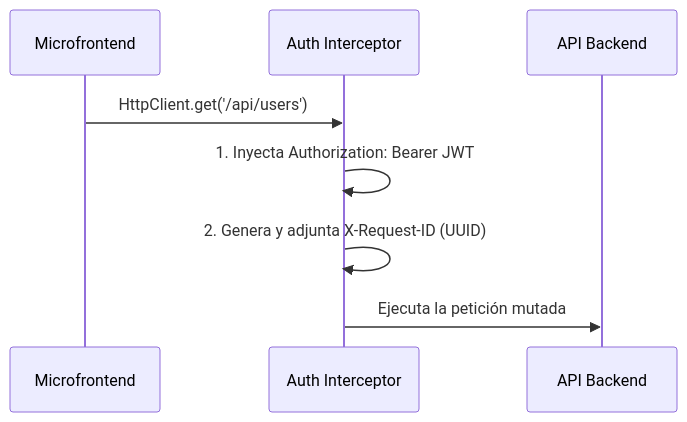
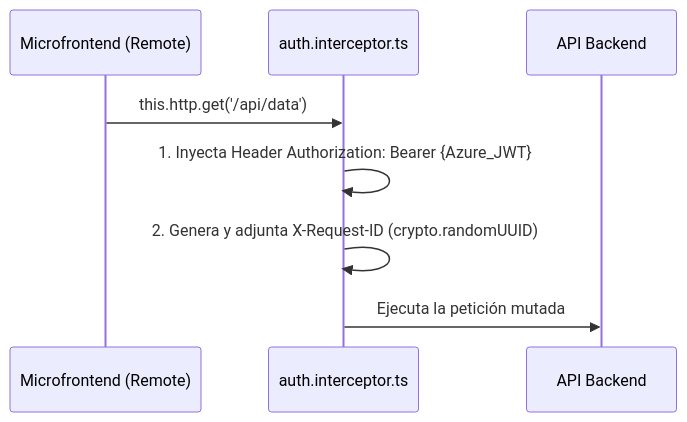
Before and after one commit to Alexander2305Potosi/microfront-github: the fourth of 4 diagrams in README.md, drawn with Mermaid. The commit also changed other lines of this file, not shown here.

Commit message:
docs: rewrite azure msal authentication section for ai parsing

````diff
--- a/README.md
+++ b/README.md
@@ -189,11 +213,11 @@
 ```mermaid
 sequenceDiagram
-    participant MFE as Microfrontend
-    participant Interceptor as Auth Interceptor
+    participant MFE as Microfrontend (Remote)
+    participant Interceptor as auth.interceptor.ts
     participant Backend as API Backend
     
-    MFE->>Interceptor: HttpClient.get('/api/users')
-    Interceptor->>Interceptor: 1. Inyecta Authorization: Bearer JWT
-    Interceptor->>Interceptor: 2. Genera y adjunta X-Request-ID (UUID)
+    MFE->>Interceptor: this.http.get('/api/data')
+    Interceptor->>Interceptor: 1. Inyecta Header Authorization: Bearer {Azure_JWT}
+    Interceptor->>Interceptor: 2. Genera y adjunta X-Request-ID (crypto.randomUUID)
     Interceptor->>Backend: Ejecuta la petición mutada
 ```
````
